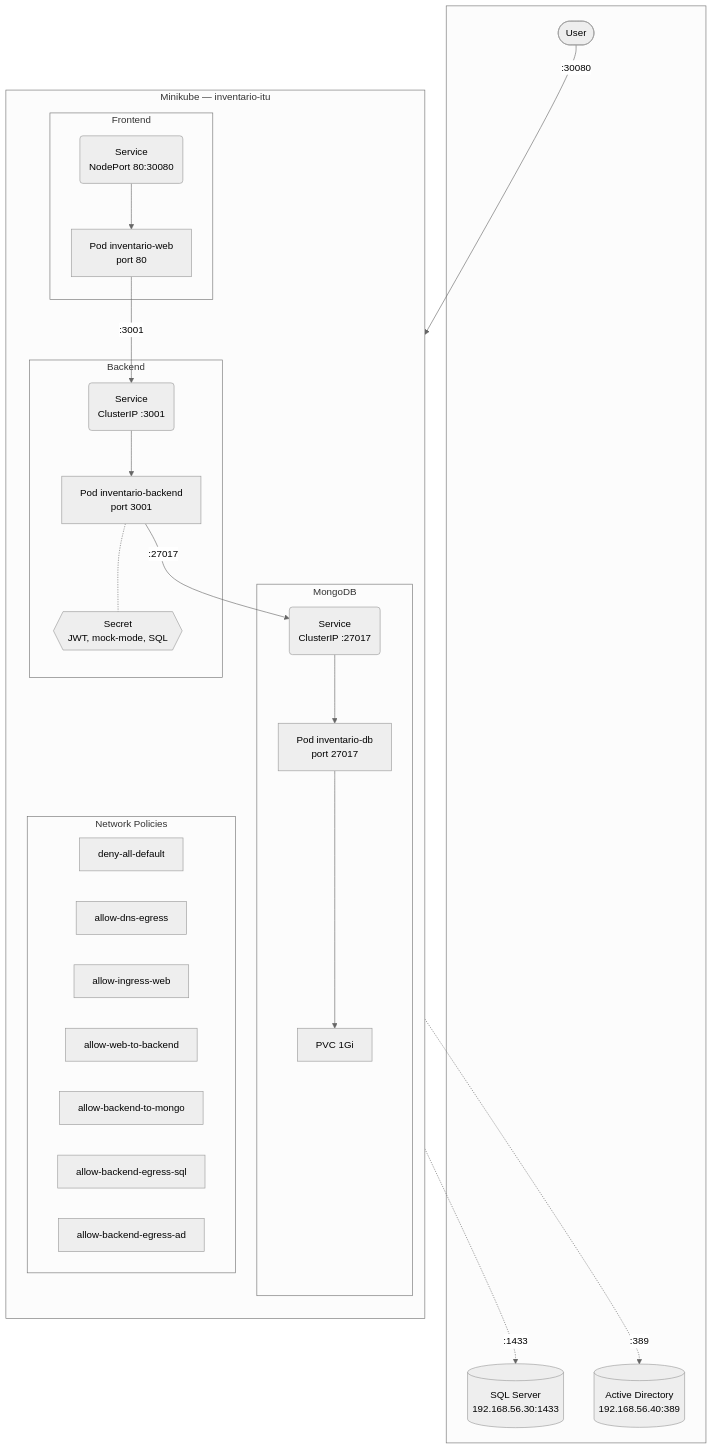
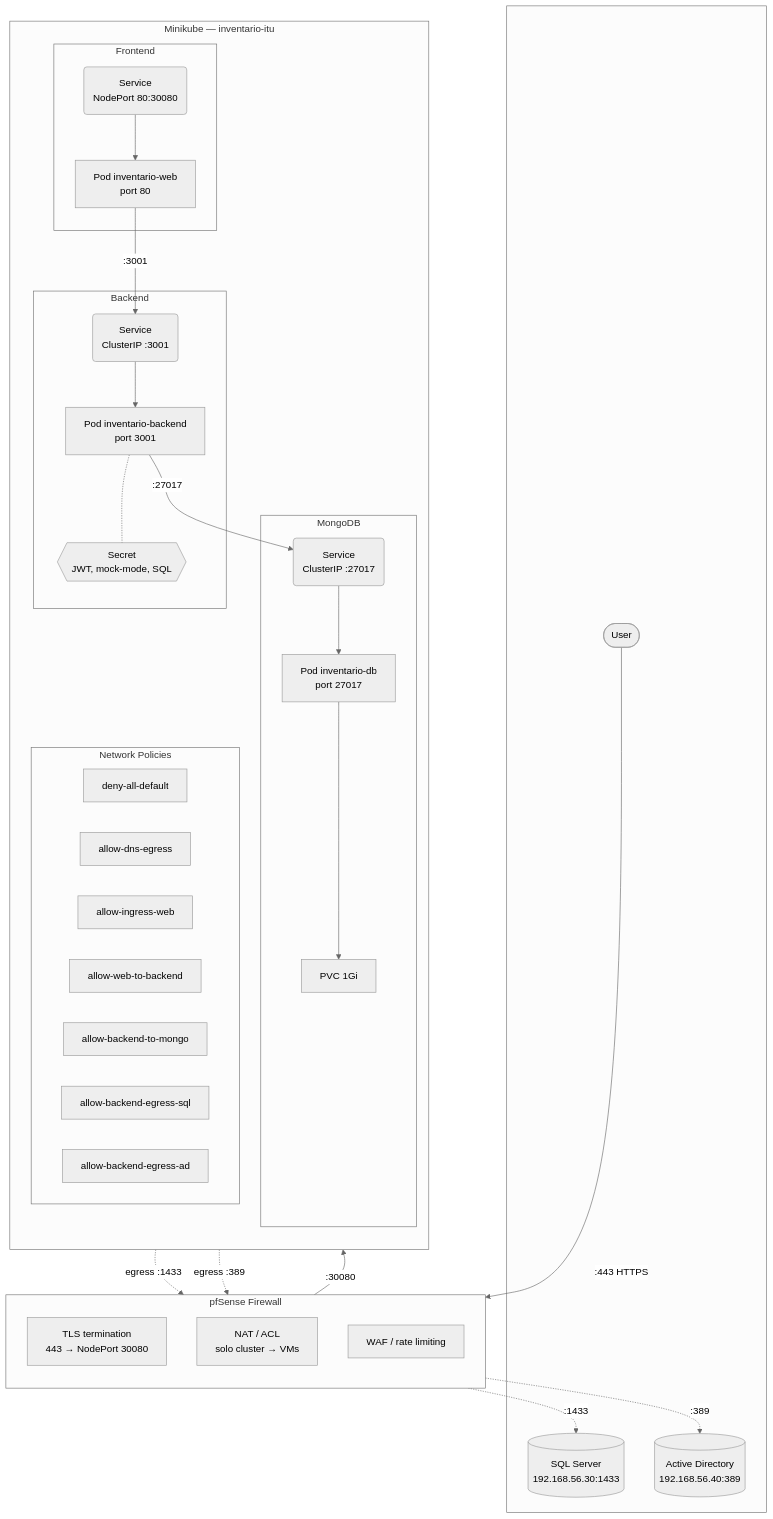
One commit to CesarMarinMorla/egi changed the diagram in docs/k8s.md. Above: the diagram before and after it, drawn with Mermaid (neutral theme).

Commit message:
docs(k8s): agregar pfSense al diagrama de arquitectura

````diff
--- a/docs/k8s.md
+++ b/docs/k8s.md
@@ -78,50 +78,60 @@
 ```mermaid
 flowchart TB
     subgraph External[" "]
         User(["User"])
         SQL[("SQL Server<br/>192.168.56.30:1433")]
         AD[("Active Directory<br/>192.168.56.40:389")]
+    end
+
+    subgraph FW["pfSense Firewall"]
+        direction TB
+        TLS["TLS termination<br/>443 → NodePort 30080"]
+        NAT["NAT / ACL<br/>solo cluster → VMs"]
+        WAF["WAF / rate limiting"]
     end
 
     subgraph Cluster["Minikube — inventario-itu"]
         direction TB
 
         subgraph Web["Frontend"]
             WebSvc("Service<br/>NodePort 80:30080")
             WebPod["Pod inventario-web<br/>port 80"]
         end
 
         subgraph Be["Backend"]
             BeSvc("Service<br/>ClusterIP :3001")
             BePod["Pod inventario-backend<br/>port 3001"]
             BeSec{{"Secret<br/>JWT, mock-mode, SQL"}}
         end
 
         subgraph Mongo["MongoDB"]
             MongoSvc("Service<br/>ClusterIP :27017")
             MongoPod["Pod inventario-db<br/>port 27017"]
             MongoPvc["PVC 1Gi"]
         end
 
         subgraph NP["Network Policies"]
             NP01["deny-all-default"]
             NP02["allow-dns-egress"]
             NP03["allow-ingress-web"]
             NP04["allow-web-to-backend"]
             NP05["allow-backend-to-mongo"]
             NP06["allow-backend-egress-sql"]
             NP07["allow-backend-egress-ad"]
         end
     end
 
-    User -->|":30080"| WebSvc
+    User -->|":443 HTTPS"| TLS
+    TLS -->|":30080"| WebSvc
     WebSvc --> WebPod
     WebPod -->|":3001"| BeSvc
     BeSvc --> BePod
     BePod -->|":27017"| MongoSvc
     MongoSvc --> MongoPod
     MongoPod --> MongoPvc
-    BePod -.->|":1433"| SQL
-    BePod -.->|":389"| AD
+    BePod -.->|"egress :1433"| NAT
+    BePod -.->|"egress :389"| NAT
+    NAT -.->|":1433"| SQL
+    NAT -.->|":389"| AD
     BePod -.- BeSec
 ```
````
